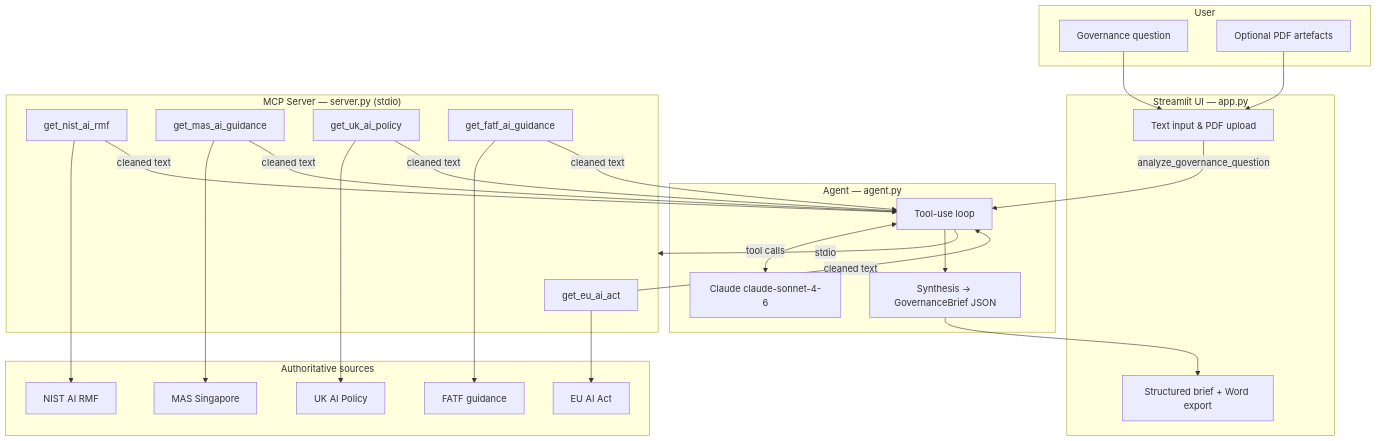
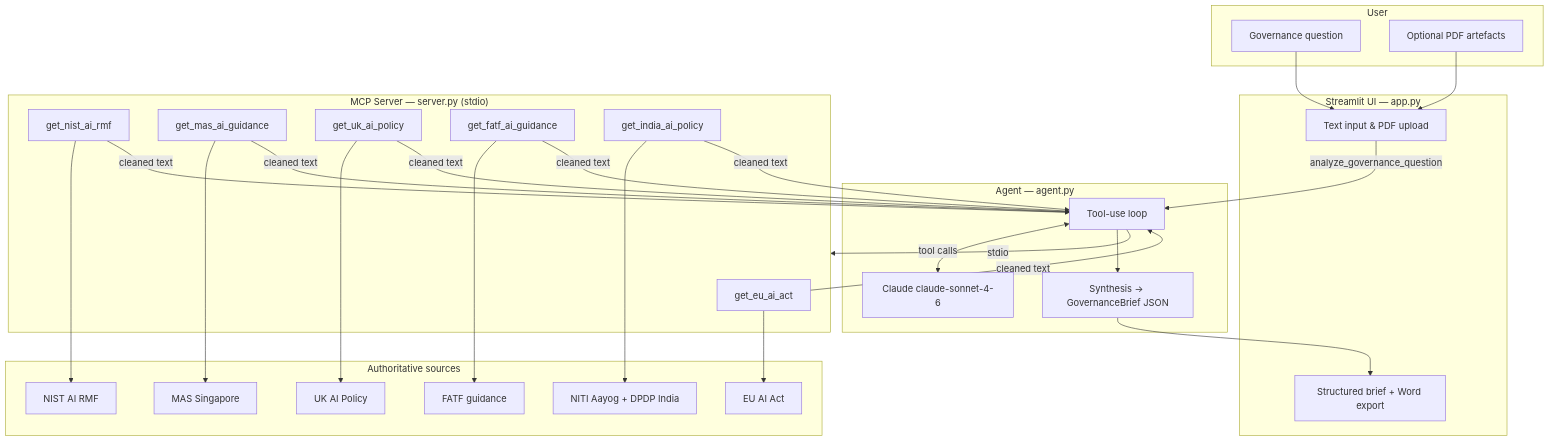
The diagram in README.md (nakulshukla21-dev/ai-governance-navigator), drawn with Mermaid before and after one commit. The commit also changed other lines of this file and 2 other files, not shown here.

Commit message:
Add India AI policy MCP tool and update docs

````diff
--- a/README.md
+++ b/README.md
@@ -18,48 +18,51 @@
 ```mermaid
 flowchart TB
     subgraph User["User"]
         Q[Governance question]
         PDF[Optional PDF artefacts]
     end
 
     subgraph UI["Streamlit UI — app.py"]
         ST[Text input & PDF upload]
         OUT[Structured brief + Word export]
     end
 
     subgraph Agent["Agent — agent.py"]
         CL[Claude claude-sonnet-4-6]
         LOOP[Tool-use loop]
         SYN[Synthesis → GovernanceBrief JSON]
     end
 
     subgraph MCP["MCP Server — server.py (stdio)"]
         T1[get_eu_ai_act]
         T2[get_nist_ai_rmf]
         T3[get_mas_ai_guidance]
         T4[get_uk_ai_policy]
         T5[get_fatf_ai_guidance]
+        T6[get_india_ai_policy]
     end
 
     subgraph Sources["Authoritative sources"]
         EU[EU AI Act]
         NIST[NIST AI RMF]
         MAS[MAS Singapore]
         UK[UK AI Policy]
         FATF[FATF guidance]
+        IN[NITI Aayog + DPDP India]
     end
 
     Q --> ST
     PDF --> ST
     ST -->|analyze_governance_question| LOOP
     LOOP <-->|tool calls| CL
     LOOP -->|stdio| MCP
     T1 --> EU
     T2 --> NIST
     T3 --> MAS
     T4 --> UK
     T5 --> FATF
-    T1 & T2 & T3 & T4 & T5 -->|cleaned text| LOOP
+    T6 --> IN
+    T1 & T2 & T3 & T4 & T5 & T6 -->|cleaned text| LOOP
     LOOP --> SYN
     SYN --> OUT
 ```
````
